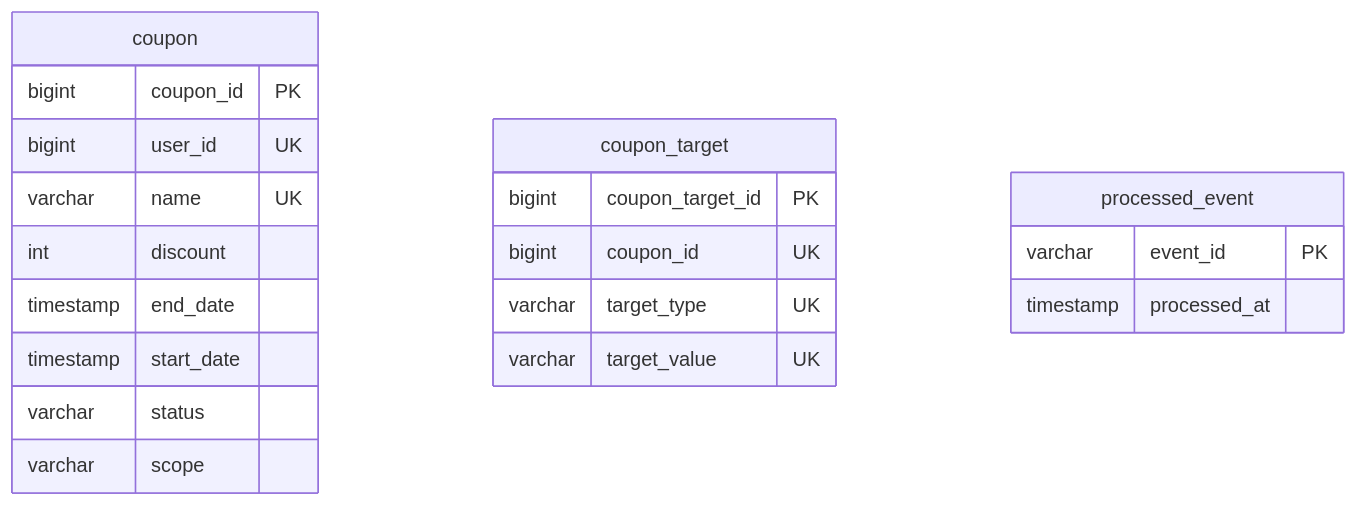
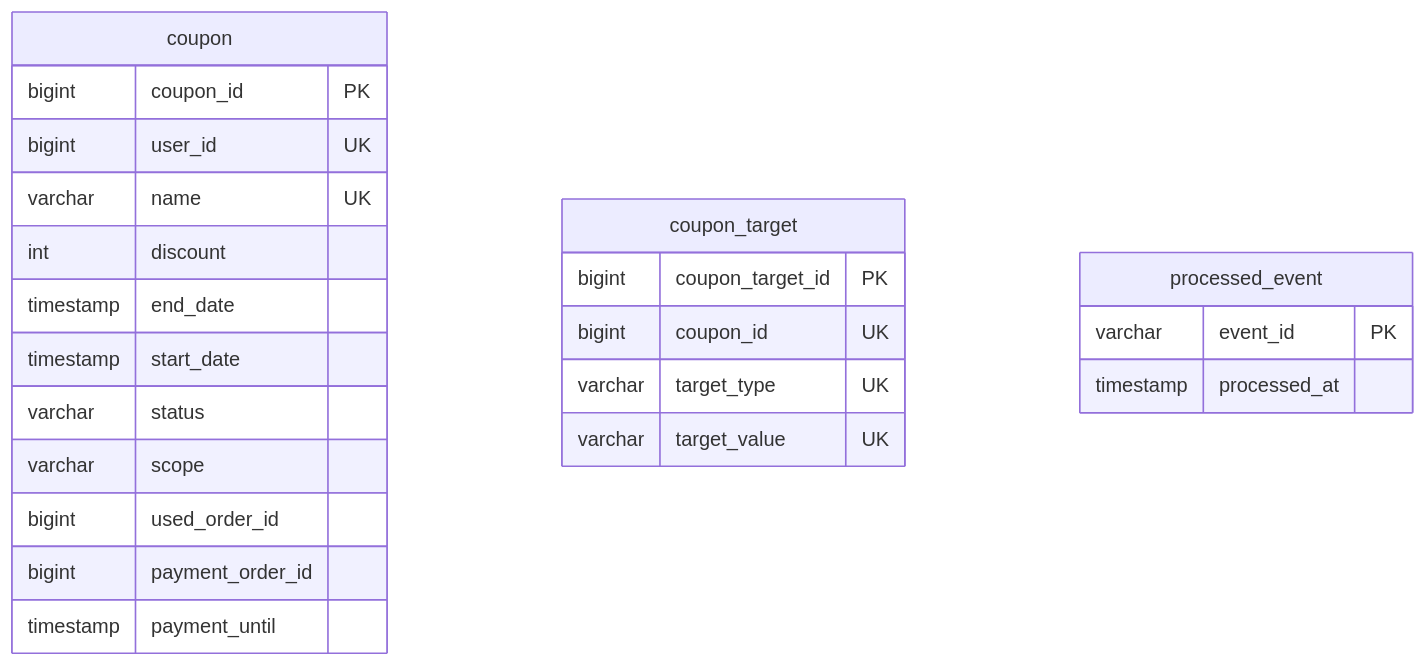
The eighth of 8 diagrams in docs/69-erd.ko.md (ruke79/ecommerce-msa-portfolio), drawn with Mermaid before and after one commit. The commit also changed other lines of this file and 126 other files, not shown here.

````diff
--- a/docs/69-erd.ko.md
+++ b/docs/69-erd.ko.md
@@ -624,23 +651,26 @@
 ```mermaid
 erDiagram
     coupon {
         bigint coupon_id PK
         bigint user_id UK
         varchar name UK
         int discount
         timestamp end_date
         timestamp start_date
         varchar status
         varchar scope
+        bigint used_order_id
+        bigint payment_order_id
+        timestamp payment_until
     }
     coupon_target {
         bigint coupon_target_id PK
         bigint coupon_id UK
         varchar target_type UK
         varchar target_value UK
     }
     processed_event {
         varchar event_id PK
         timestamp processed_at
     }
 ```
````
